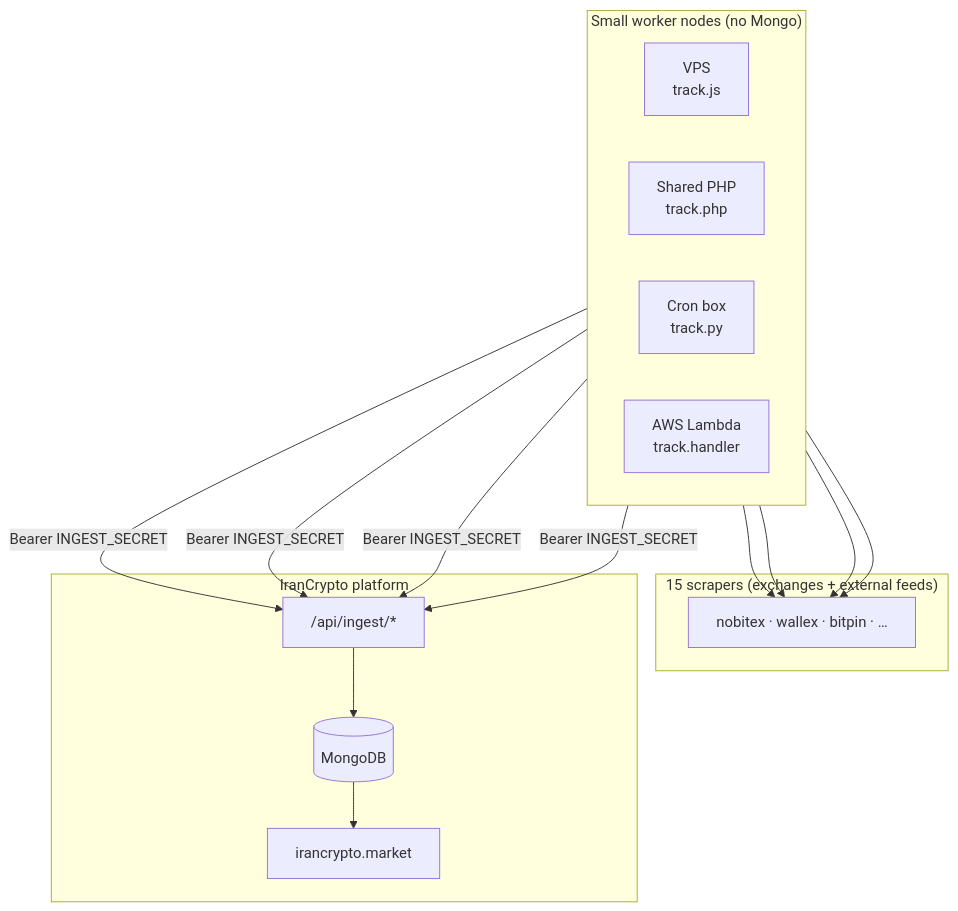
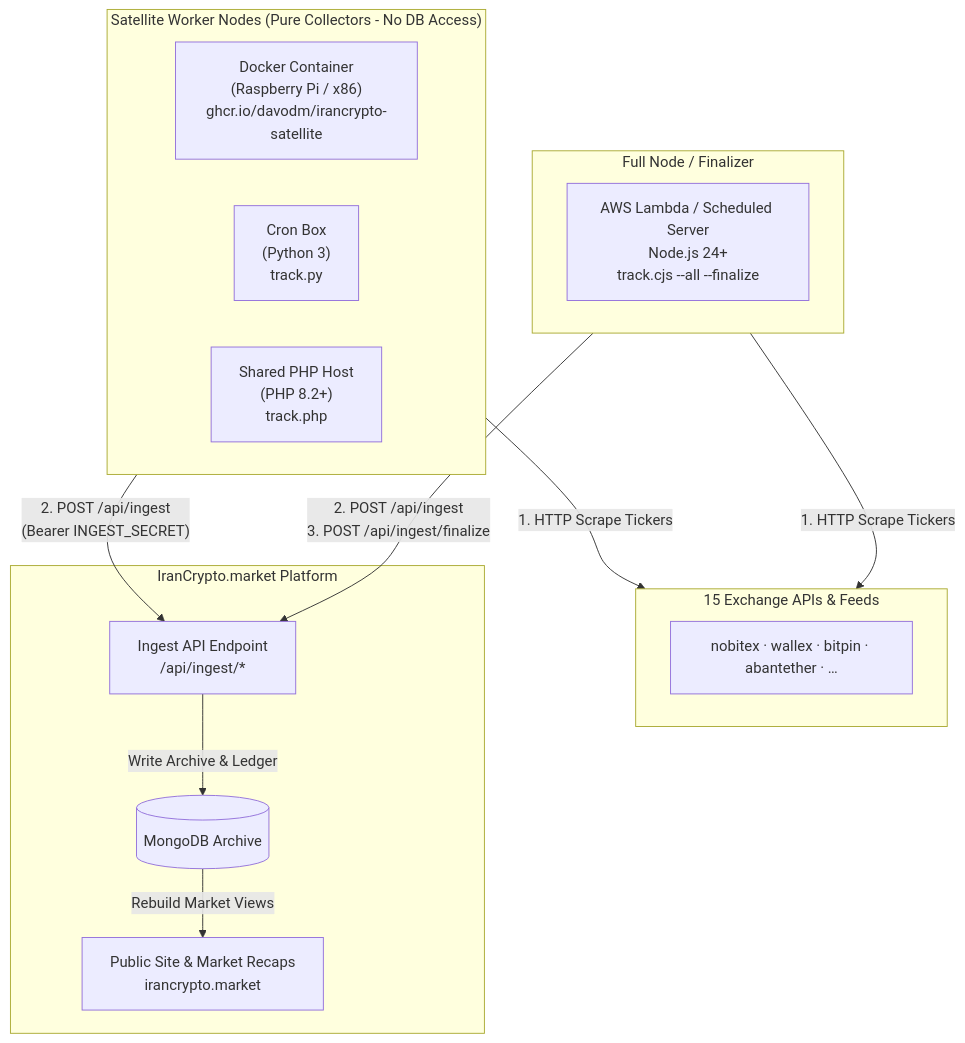
Before and after one commit to davodm/irancrypto-tracker: the first of 2 diagrams in README.md, drawn with Mermaid. The commit also changed other lines of this file and 3 other files, not shown here.

````diff
--- a/README.md
+++ b/README.md
@@ -57,25 +54,32 @@
 ```mermaid
 flowchart TB
-  subgraph nodes["Small worker nodes (no Mongo)"]
+  subgraph satellites["Satellite Worker Nodes (Pure Collectors - No DB Access)"]
     direction LR
-    N1["VPS<br/>track.js"]
-    N2["Shared PHP<br/>track.php"]
-    N3["Cron box<br/>track.py"]
-    N4["AWS Lambda<br/>track.handler"]
+    S1["Docker Container<br/>(Raspberry Pi / x86)<br/>ghcr.io/davodm/irancrypto-satellite"]
+    S2["Cron Box<br/>(Python 3)<br/>track.py"]
+    S3["Shared PHP Host<br/>(PHP 8.2+)<br/>track.php"]
   end
 
-  subgraph exchanges["15 scrapers (exchanges + external feeds)"]
-    E["nobitex · wallex · bitpin · …"]
+  subgraph finalizer["Full Node / Finalizer"]
+    F1["AWS Lambda / Scheduled Server<br/>Node.js 24+<br/>track.cjs --all --finalize"]
   end
 
-  subgraph platform["IranCrypto platform"]
-    API["/api/ingest/*"]
-    DB[(MongoDB)]
-    SITE["irancrypto.market"]
+  subgraph exchanges["15 Exchange APIs & Feeds"]
+    E["nobitex · wallex · bitpin · abantether · …"]
   end
 
-  N1 & N2 & N3 & N4 --> E
-  N1 & N2 & N3 & N4 -->|"Bearer INGEST_SECRET"| API
-  API --> DB
-  DB --> SITE
+  subgraph platform["IranCrypto.market Platform"]
+    API["Ingest API Endpoint<br/>/api/ingest/*"]
+    DB[(MongoDB Archive)]
+    SITE["Public Site & Market Recaps<br/>irancrypto.market"]
+  end
+
+  satellites -->|"1. HTTP Scrape Tickers"| exchanges
+  finalizer -->|"1. HTTP Scrape Tickers"| exchanges
+
+  satellites -->|"2. POST /api/ingest<br/>(Bearer INGEST_SECRET)"| API
+  finalizer -->|"2. POST /api/ingest<br/>3. POST /api/ingest/finalize"| API
+
+  API -->|"Write Archive & Ledger"| DB
+  DB -->|"Rebuild Market Views"| SITE
 ```
````
